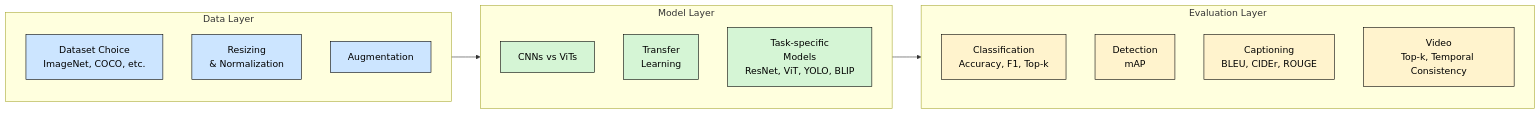
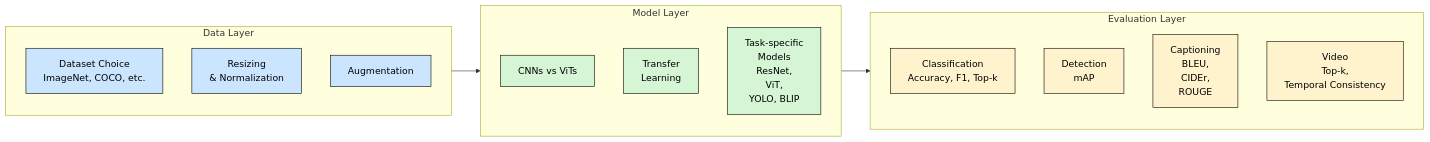
One commit to MariaAise/dl_intro changed the diagram in docs/day2/cv_general.md. Above: the diagram before and after it, drawn with Mermaid.

````diff
--- a/docs/day2/cv_general.md
+++ b/docs/day2/cv_general.md
@@ -13,30 +13,30 @@
 ```mermaid
 flowchart LR
     subgraph DataLayer[Data Layer]
         A1[Dataset Choice<br/> ImageNet, COCO, etc.]
         A2[Resizing <br/> & Normalization]
         A3[Augmentation]
     end
 
     subgraph ModelLayer[Model Layer]
         B1[CNNs vs ViTs]
         B2[Transfer <br/> Learning]
-        B3[Task-specific <br/> Models<br/> ResNet, ViT, YOLO, BLIP]
+        B3[Task-specific <br/> Models<br/> ResNet, <br/> ViT, <br/> YOLO, BLIP]
     end
 
     subgraph EvalLayer[Evaluation Layer]
         C1[Classification<br/> Accuracy, F1, Top-k]
         C2[Detection<br/> mAP]
-        C3[Captioning<br/>BLEU, CIDEr, ROUGE]
-        C4[Video<br/>Top-k, Temporal Consistency]
+        C3[Captioning<br/>BLEU, <br/> CIDEr, <br/> ROUGE]
+        C4[Video<br/>Top-k, <br/> Temporal Consistency]
     end
 
     DataLayer --> ModelLayer --> EvalLayer
 
     class A1,A2,A3 data
     class B1,B2,B3 model
     class C1,C2,C3,C4 eval
     classDef data fill:#cce5ff,stroke:#000,color:#000;
     classDef model fill:#d5f5d5,stroke:#000,color:#000;
     classDef eval fill:#fff3cd,stroke:#000,color:#000;
 ```
````
